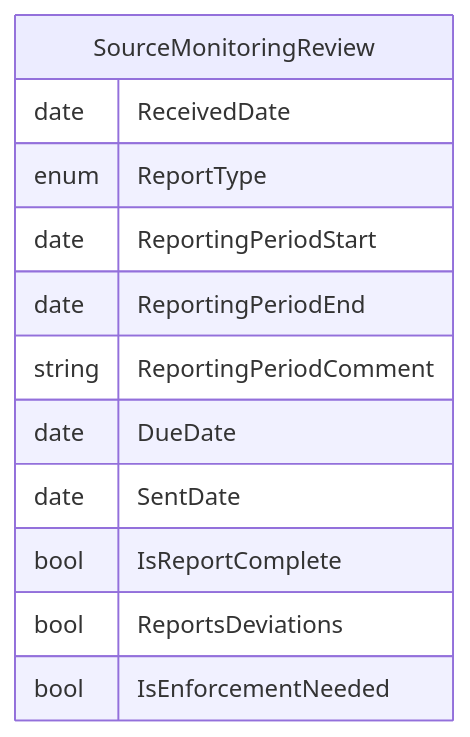
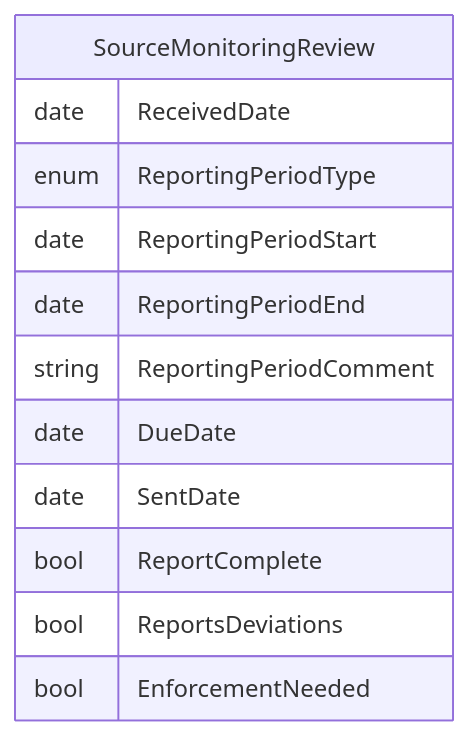
One commit to gaepdit/air-web changed the second of 2 diagrams in docs/Workflows/Work-entries/Report.md. Above: the diagram before and after it, drawn with Mermaid. The commit also changed other lines of this file and 4 other files, not shown here.

````diff
--- a/docs/Workflows/Work-entries/Report.md
+++ b/docs/Workflows/Work-entries/Report.md
@@ -43,15 +43,15 @@
 ```mermaid
 erDiagram
     SourceMonitoringReview {
         date ReceivedDate
-        enum ReportType
+        enum ReportingPeriodType
         date ReportingPeriodStart
         date ReportingPeriodEnd
         string ReportingPeriodComment
         date DueDate
         date SentDate
-        bool IsReportComplete
+        bool ReportComplete
         bool ReportsDeviations
-        bool IsEnforcementNeeded
+        bool EnforcementNeeded
     }
 ```
````
